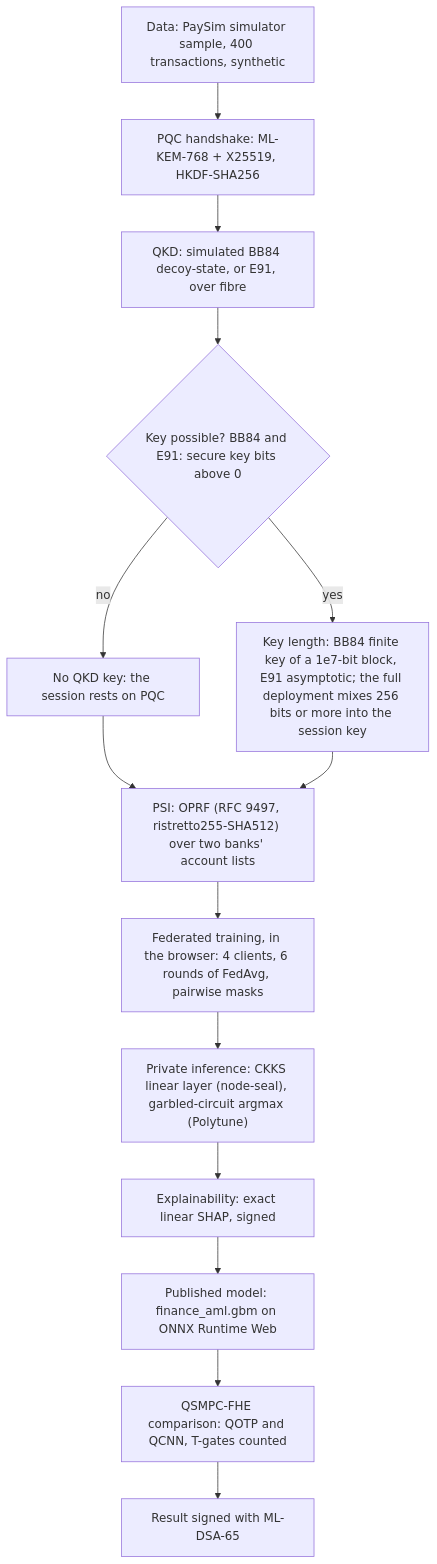
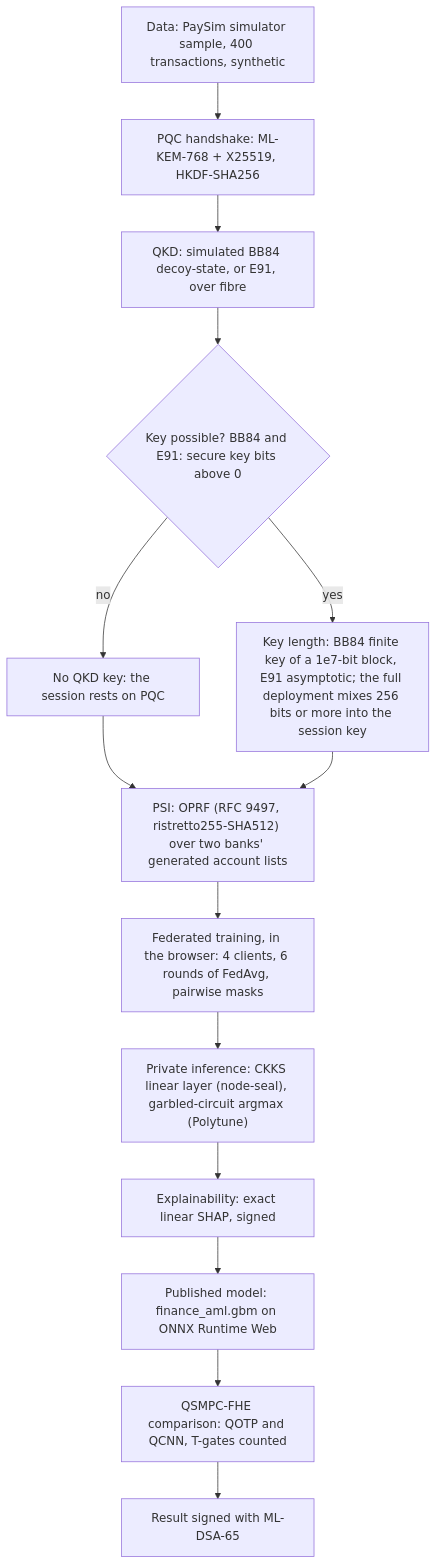
One commit to Quantum-Daemons/QSMPC-QKD-QHE-AI-Hybrid changed the third of 11 diagrams in README.md. Above: the diagram before and after it, drawn with Mermaid. The commit also changed other lines of this file and 76 other files, not shown here.

````diff
--- a/README.md
+++ b/README.md
@@ -111,29 +111,29 @@
 ```mermaid
 flowchart TB
   D["Data: PaySim simulator sample, 400 transactions, synthetic"]
   H["PQC handshake: ML-KEM-768 + X25519, HKDF-SHA256"]
   K["QKD: simulated BB84 decoy-state, or E91, over fibre"]
   Q{"Key possible? BB84 and E91: secure key bits above 0"}
   N["No QKD key: the session rests on PQC"]
   L["Key length: BB84 finite key of a 1e7-bit block, E91 asymptotic; the full deployment mixes 256 bits or more into the session key"]
-  P["PSI: OPRF (RFC 9497, ristretto255-SHA512) over two banks' account lists"]
+  P["PSI: OPRF (RFC 9497, ristretto255-SHA512) over two banks' generated account lists"]
   FL["Federated training, in the browser: 4 clients, 6 rounds of FedAvg, pairwise masks"]
   I["Private inference: CKKS linear layer (node-seal), garbled-circuit argmax (Polytune)"]
   X["Explainability: exact linear SHAP, signed"]
   M["Published model: finance_aml.gbm on ONNX Runtime Web"]
   C["QSMPC-FHE comparison: QOTP and QCNN, T-gates counted"]
   S["Result signed with ML-DSA-65"]
   D --> H
   H --> K
   K --> Q
   Q -->|no| N
   Q -->|yes| L
   N --> P
   L --> P
   P --> FL
   FL --> I
   I --> X
   X --> M
   M --> C
   C --> S
 ```
````
